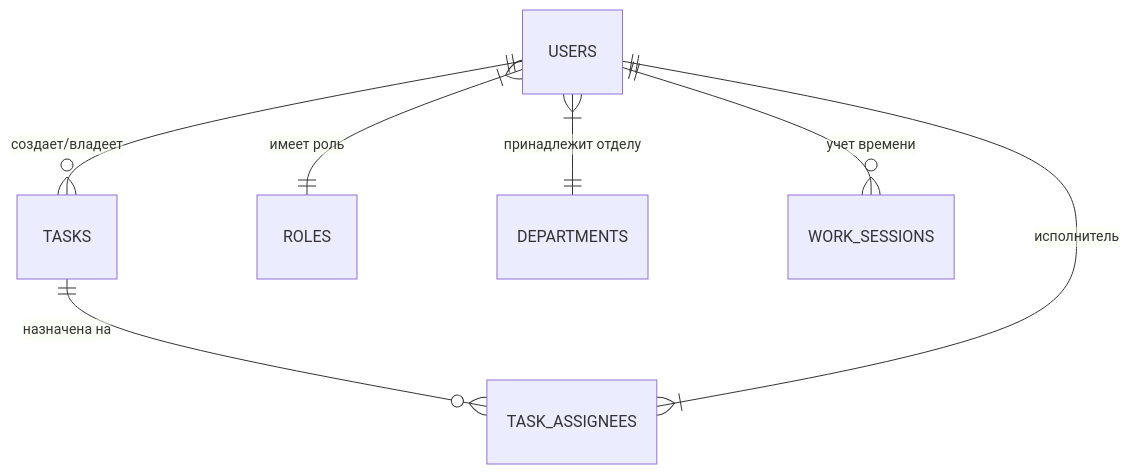
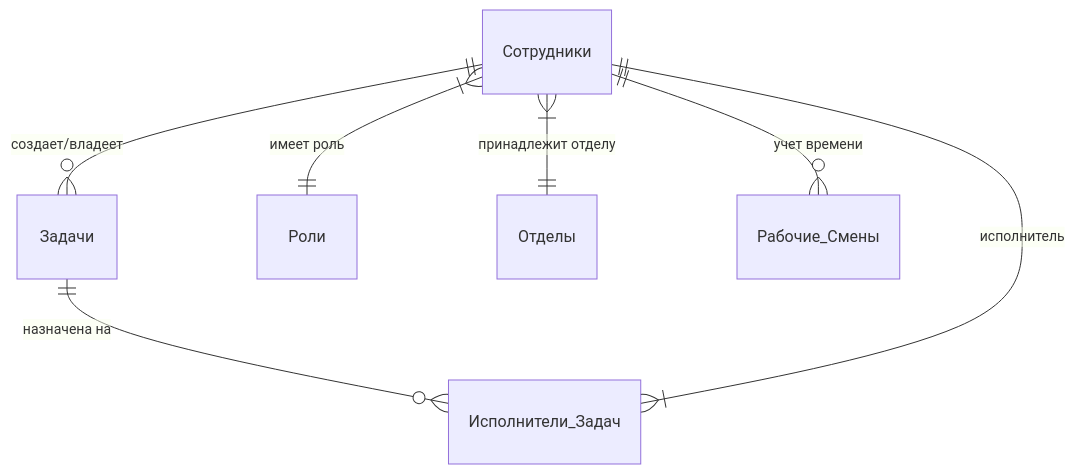
One commit to merch-crm/merch-crm changed the third of 3 diagrams in vault/020-Архитектура/Схема-Связей.md. Above: the diagram before and after it, drawn with Mermaid. The commit also changed other lines of this file and 132 other files, not shown here.

````diff
--- a/vault/020-Архитектура/Схема-Связей.md
+++ b/vault/020-Архитектура/Схема-Связей.md
@@ -30,9 +43,9 @@
 ```mermaid
 erDiagram
-    USERS ||--o{ TASKS : "создает/владеет"
-    TASKS ||--o{ TASK_ASSIGNEES : "назначена на"
-    TASK_ASSIGNEES }|--|| USERS : "исполнитель"
-    USERS }|--|| ROLES : "имеет роль"
-    USERS }|--|| DEPARTMENTS : "принадлежит отделу"
-    USERS ||--o{ WORK_SESSIONS : "учет времени"
+    Сотрудники ||--o{ Задачи : "создает/владеет"
+    Задачи ||--o{ Исполнители_Задач : "назначена на"
+    Исполнители_Задач }|--|| Сотрудники : "исполнитель"
+    Сотрудники }|--|| Роли : "имеет роль"
+    Сотрудники }|--|| Отделы : "принадлежит отделу"
+    Сотрудники ||--o{ Рабочие_Смены : "учет времени"
 ```
````
